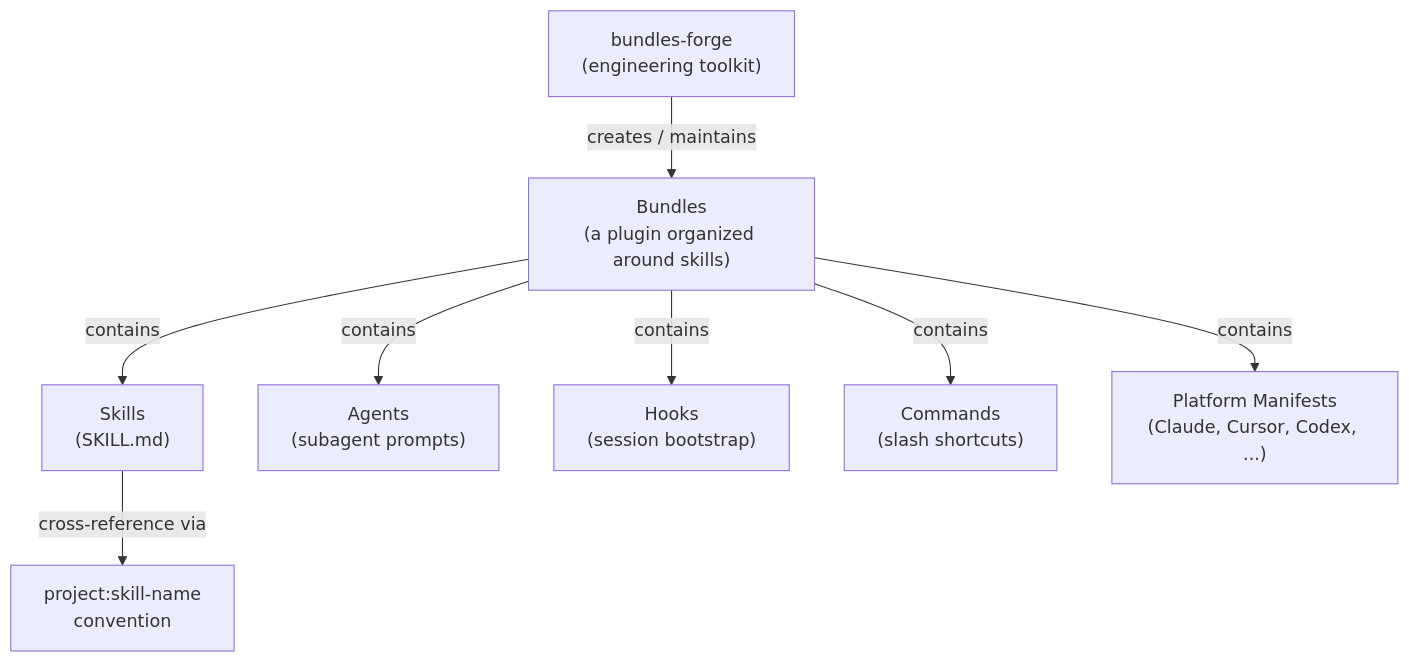
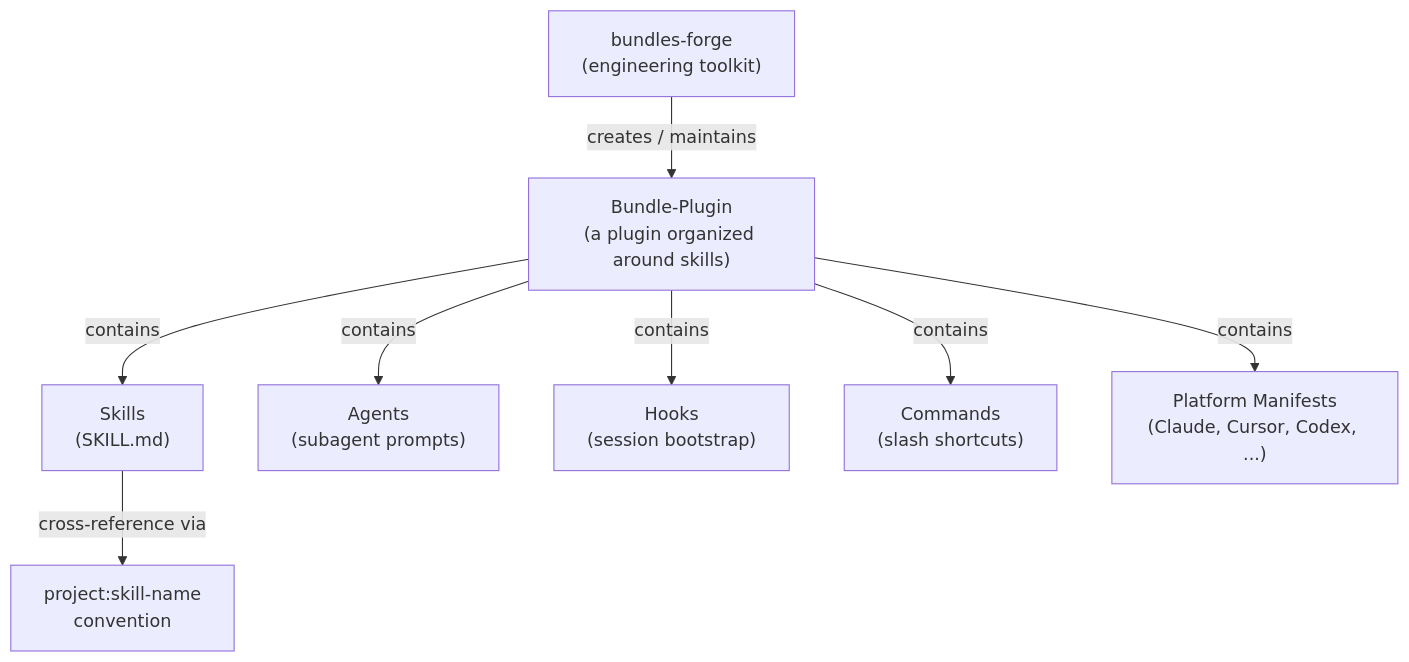
The first of 4 diagrams in README.md (OdradekAI/skill-engineering-guide), drawn with Mermaid before and after one commit. The commit also changed other lines of this file and 36 other files, not shown here.

````diff
--- a/README.md
+++ b/README.md
@@ -43,10 +43,10 @@
 ```mermaid
 graph TB
     BundlesForge["bundles-forge\n(engineering toolkit)"] -->|"creates / maintains"| Bundles
-    Bundles["Bundles\n(a plugin organized around skills)"] -->|contains| Skills["Skills\n(SKILL.md)"]
+    Bundles["Bundle-Plugin\n(a plugin organized around skills)"] -->|contains| Skills["Skills\n(SKILL.md)"]
     Bundles -->|contains| Agents["Agents\n(subagent prompts)"]
     Bundles -->|contains| Hooks["Hooks\n(session bootstrap)"]
     Bundles -->|contains| Commands["Commands\n(slash shortcuts)"]
     Bundles -->|contains| Manifests["Platform Manifests\n(Claude, Cursor, Codex, ...)"]
     Skills -->|"cross-reference via"| Convention["project:skill-name\nconvention"]
 ```
````
